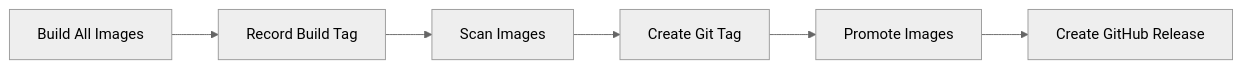
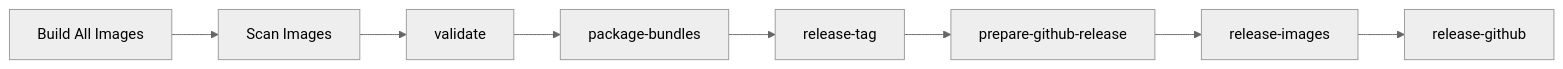
The diagram in docs/development/build-from-source.md (autowarefoundation/openadkit), drawn with Mermaid (neutral theme) before and after one commit. The commit also changed other lines of this file and 15 other files, not shown here.

````diff
--- a/docs/development/build-from-source.md
+++ b/docs/development/build-from-source.md
@@ -220,8 +178,10 @@
 ```mermaid
 flowchart LR
-    A[Build All Images] --> R[Record Build Tag]
-    R --> B[Scan Images]
-    B --> C[Create Git Tag]
-    C --> D[Promote Images]
-    D --> E[Create GitHub Release]
+    A[Build All Images] --> S[Scan Images]
+    S --> V[validate]
+    V --> P[package-bundles]
+    P --> T[release-tag]
+    T --> D[prepare-github-release]
+    D --> I[release-images]
+    I --> G[release-github]
 ```
````
